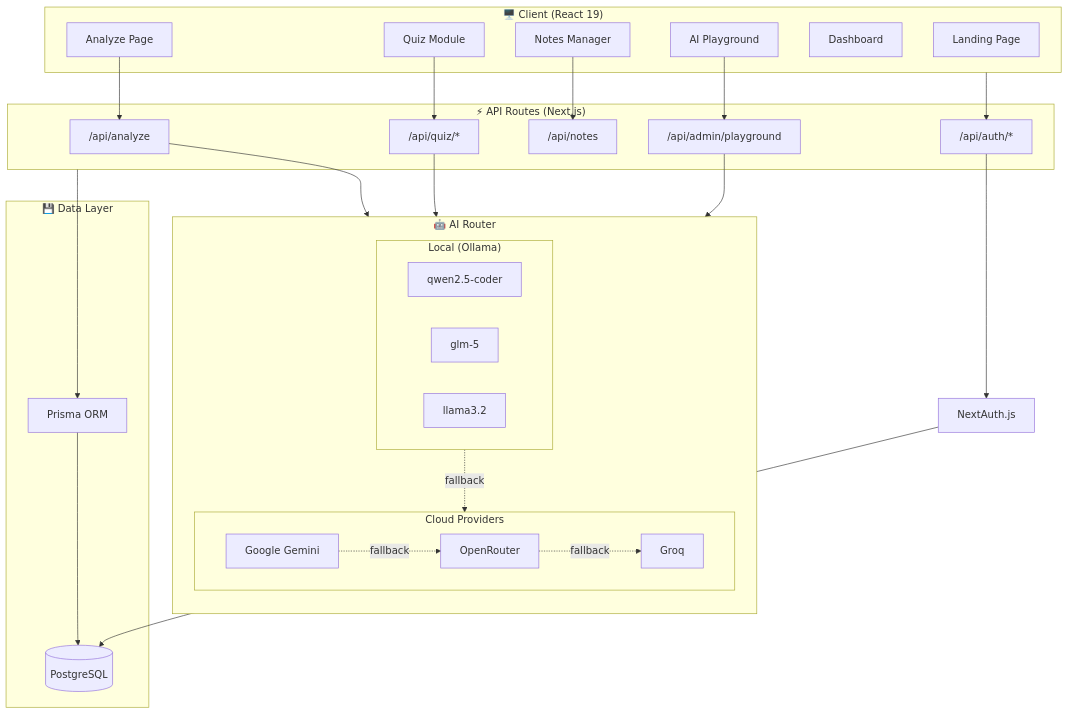
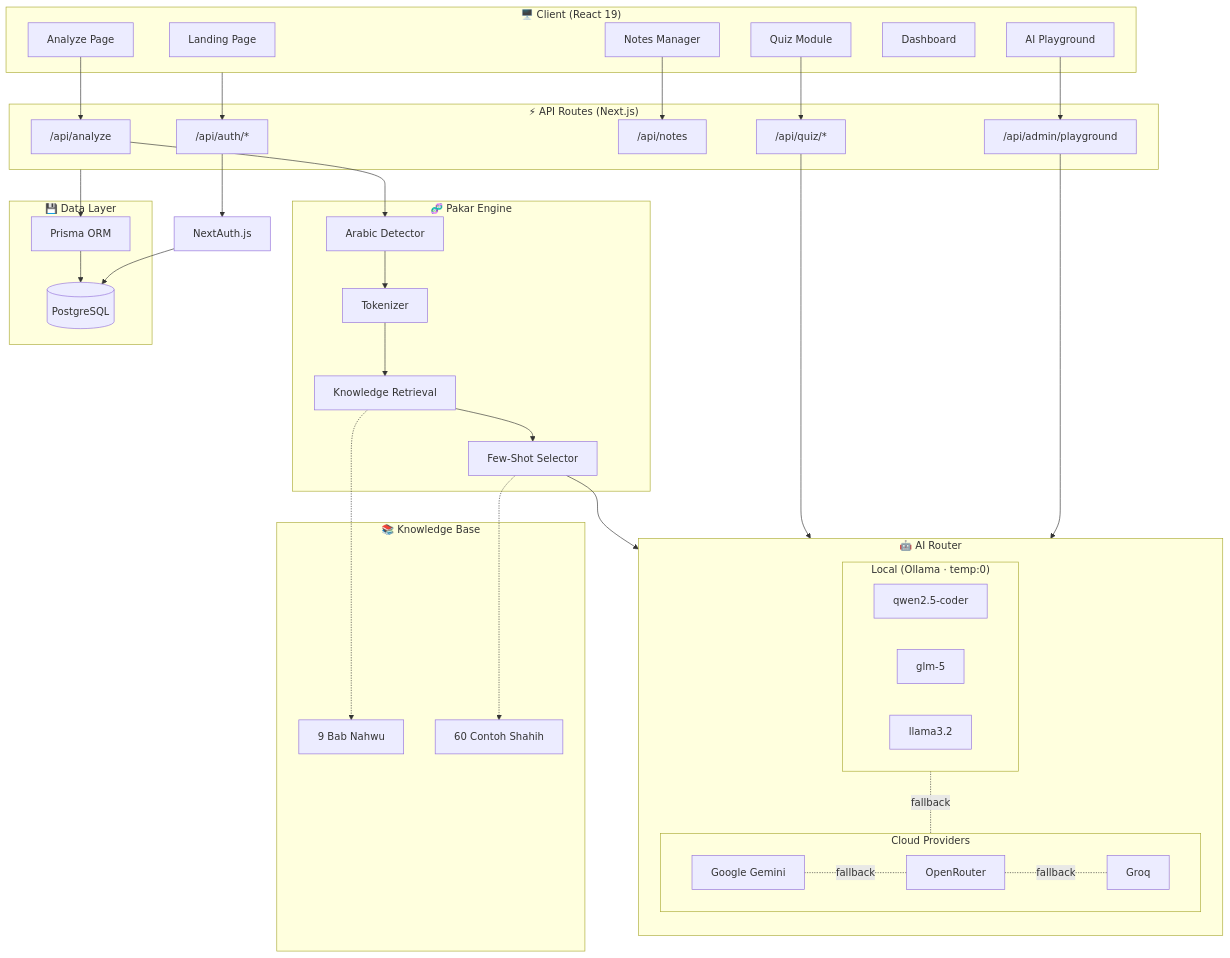
The second of 4 diagrams in README.md (ghufron99119/Qawaid-AI), drawn with Mermaid before and after one commit. The commit also changed other lines of this file and 5 other files, not shown here.

````diff
--- a/README.md
+++ b/README.md
@@ -141,58 +194,77 @@
 ```mermaid
 graph TB
     subgraph Client["🖥️ Client (React 19)"]
         LP[Landing Page]
         AN[Analyze Page]
         QZ[Quiz Module]
         NT[Notes Manager]
         DB[Dashboard]
         PG_UI[AI Playground]
     end
 
     subgraph API["⚡ API Routes (Next.js)"]
         AA["/api/analyze"]
         AQ["/api/quiz/*"]
         ANT["/api/notes"]
         AUTH["/api/auth/*"]
         APG["/api/admin/playground"]
     end
 
+    subgraph Pakar["🧬 Pakar Engine"]
+        DET["Arabic Detector"]
+        TOK["Tokenizer"]
+        KBR["Knowledge Retrieval"]
+        FSE["Few-Shot Selector"]
+    end
+
     subgraph AI["🤖 AI Router"]
         direction TB
-        subgraph Local["Local (Ollama)"]
+        subgraph Local["Local (Ollama · temp:0)"]
             QW[qwen2.5-coder]
             GL[glm-5]
             LL[llama3.2]
         end
         subgraph Cloud["Cloud Providers"]
             GEM[Google Gemini]
             OR[OpenRouter]
             GRQ[Groq]
         end
+    end
+
+    subgraph Knowledge["📚 Knowledge Base"]
+        NKB["9 Bab Nahwu"]
+        EXM["60 Contoh Shahih"]
     end
 
     subgraph Data["💾 Data Layer"]
         PR[Prisma ORM]
         PGD[(PostgreSQL)]
     end
 
     AN --> AA
     QZ --> AQ
     NT --> ANT
     Client --> AUTH
     PG_UI --> APG
 
-    AA --> AI
+    AA --> DET
+    DET --> TOK
+    TOK --> KBR
+    KBR --> FSE
+    KBR -.-> NKB
+    FSE -.-> EXM
+    FSE --> AI
+
     AQ --> AI
     APG --> Local
 
-    Local -.->|fallback| Cloud
-    GEM -.->|fallback| OR
-    OR -.->|fallback| GRQ
+    Local -.- |fallback| Cloud
+    GEM -.-|fallback| OR
+    OR -.-|fallback| GRQ
 
     API --> PR
     PR --> PGD
 
     AUTH --> NA[NextAuth.js]
     NA --> PGD
 ```
````
